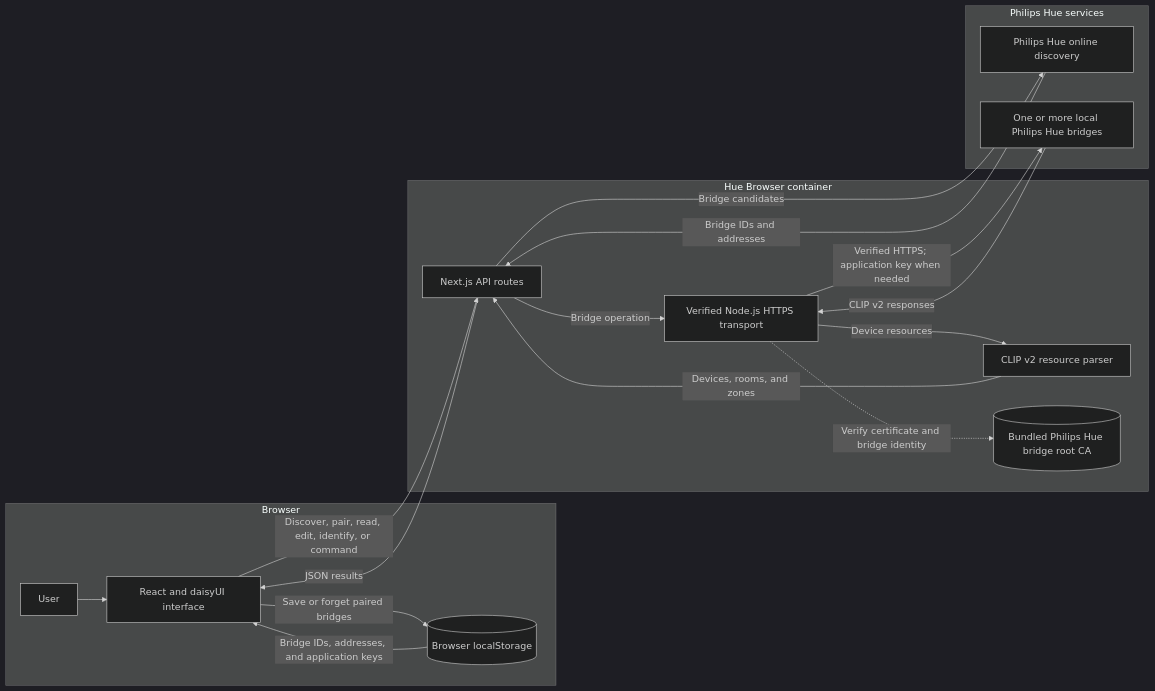
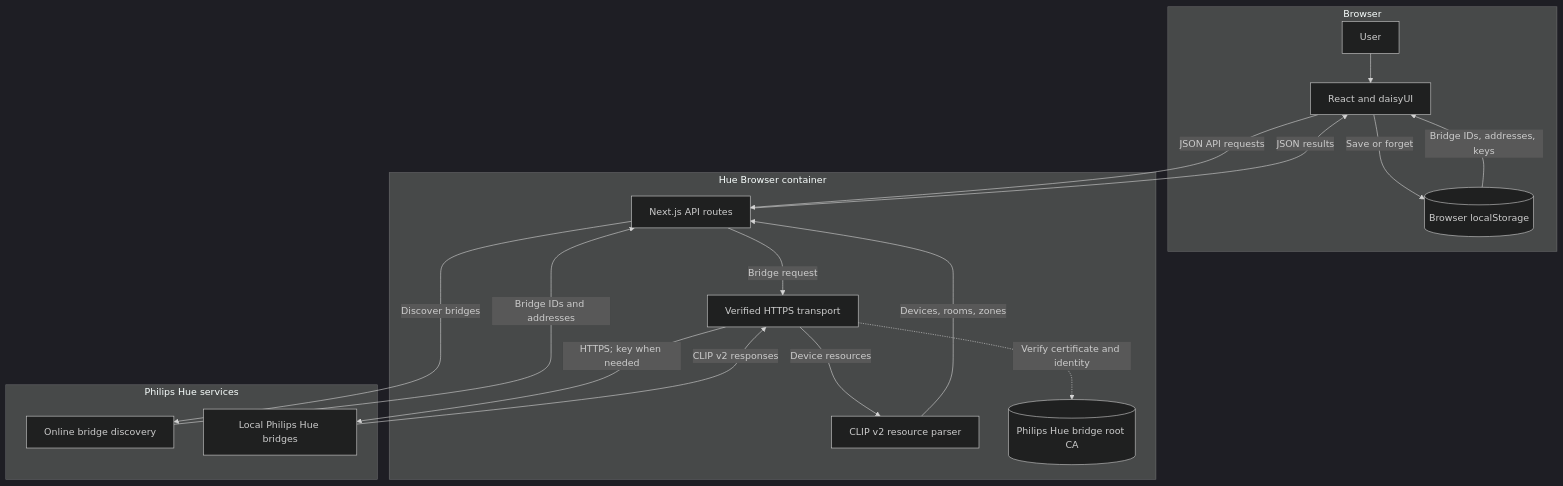
Before and after one commit to seesharprun/hue-browser: the diagram in readme.md, drawn with Mermaid (dark theme).

Commit message:
Improve README architecture diagram layout

````diff
--- a/readme.md
+++ b/readme.md
@@ -90,34 +90,34 @@
 ```mermaid
-flowchart LR
+flowchart TB
     subgraph browser["Browser"]
         user["User"]
-        ui["React and daisyUI interface"]
+        ui["React and daisyUI"]
         storage[("Browser localStorage")]
         user --> ui
-        ui -->|"Save or forget paired bridges"| storage
-        storage -->|"Bridge IDs, addresses, and application keys"| ui
+        ui -->|"Save or forget"| storage
+        storage -->|"Bridge IDs, addresses, keys"| ui
     end
 
     subgraph app["Hue Browser container"]
         routes["Next.js API routes"]
-        transport["Verified Node.js HTTPS transport"]
+        transport["Verified HTTPS transport"]
         parser["CLIP v2 resource parser"]
-        ca[("Bundled Philips Hue bridge root CA")]
-        routes -->|"Bridge operation"| transport
+        ca[("Philips Hue bridge root CA")]
+        routes -->|"Bridge request"| transport
         transport -->|"Device resources"| parser
-        parser -->|"Devices, rooms, and zones"| routes
-        transport -.->|"Verify certificate and bridge identity"| ca
+        parser -->|"Devices, rooms, zones"| routes
+        transport -.->|"Verify certificate and identity"| ca
     end
 
     subgraph hue["Philips Hue services"]
-        discovery["Philips Hue online discovery"]
-        bridges["One or more local Philips Hue bridges"]
+        discovery["Online bridge discovery"]
+        bridges["Local Philips Hue bridges"]
     end
 
-    ui -->|"Discover, pair, read, edit, identify, or command"| routes
-    routes -->|"Bridge candidates"| discovery
+    ui -->|"JSON API requests"| routes
+    routes -->|"Discover bridges"| discovery
     discovery -->|"Bridge IDs and addresses"| routes
-    transport -->|"Verified HTTPS; application key when needed"| bridges
+    transport -->|"HTTPS; key when needed"| bridges
     bridges -->|"CLIP v2 responses"| transport
     routes -->|"JSON results"| ui
 ```
````
